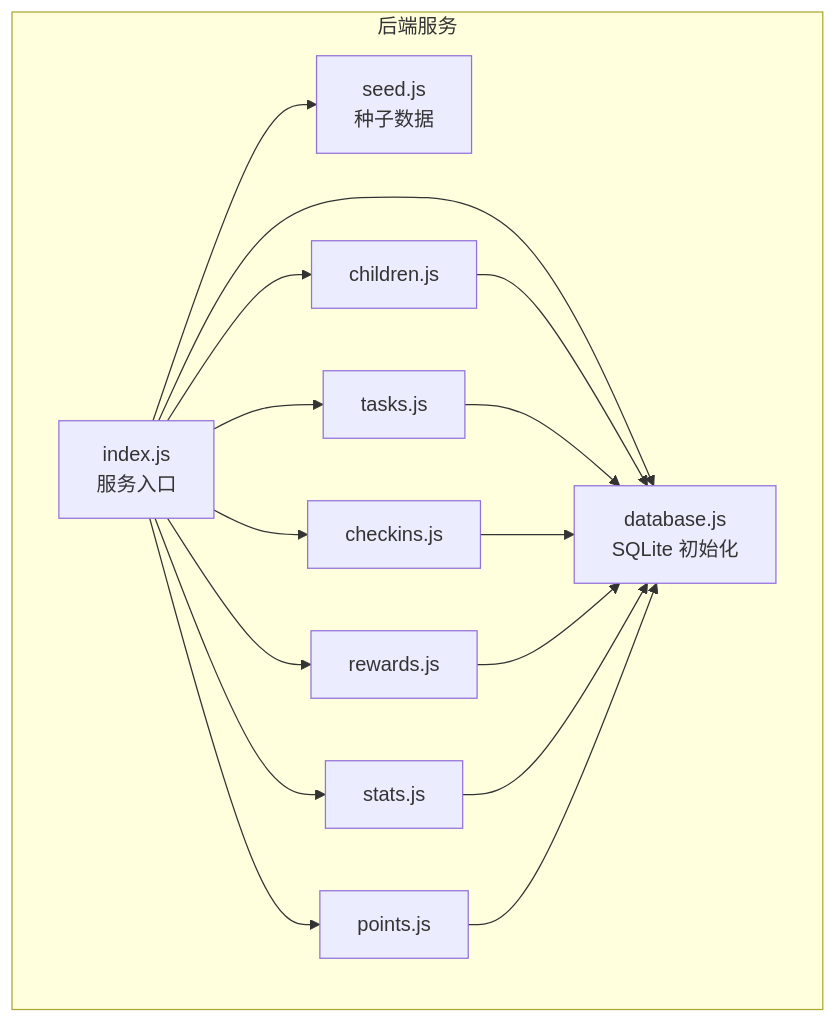
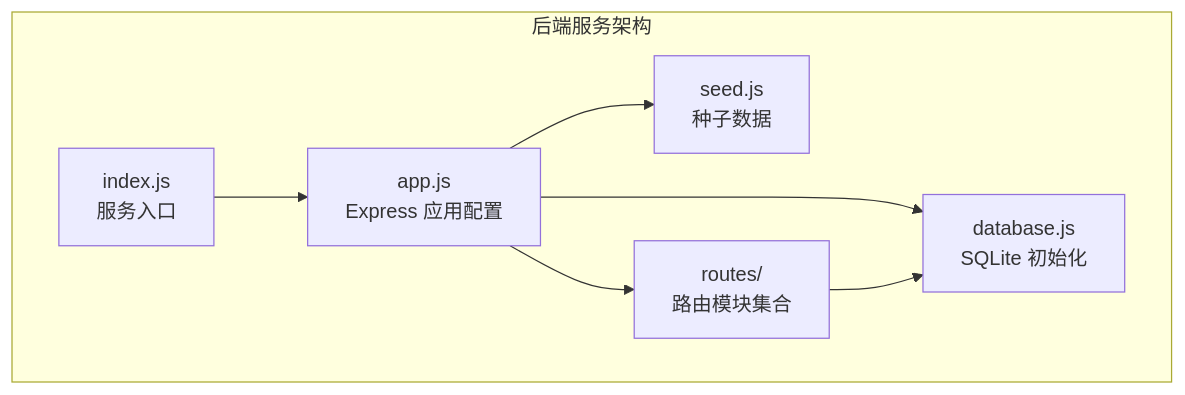
One commit to dawny123123/StarParadise changed the first of 8 diagrams in .qoder/repowiki/zh/content/系统架构设计/后端架构设计.md. Above: the diagram before and after it, drawn with Mermaid. The commit also changed other lines of this file and 102 other files, not shown here.

````diff
--- a/.qoder/repowiki/zh/content/系统架构设计/后端架构设计.md
+++ b/.qoder/repowiki/zh/content/系统架构设计/后端架构设计.md
@@ -43,28 +53,15 @@
 ```mermaid
 graph TB
-subgraph "后端服务"
+subgraph "后端服务架构"
 A["index.js<br/>服务入口"]
-B["database.js<br/>SQLite 初始化"]
-C["seed.js<br/>种子数据"]
-D["children.js"]
-E["tasks.js"]
-F["checkins.js"]
-G["rewards.js"]
-H["stats.js"]
-I["points.js"]
+B["app.js<br/>Express 应用配置"]
+C["database.js<br/>SQLite 初始化"]
+D["seed.js<br/>种子数据"]
+E["routes/<br/>路由模块集合"]
 end
 A --> B
-A --> C
-A --> D
-A --> E
-A --> F
-A --> G
-A --> H
-A --> I
-D --> B
-E --> B
-F --> B
-G --> B
-H --> B
-I --> B
+B --> C
+B --> D
+B --> E
+E --> C
 ```
````
